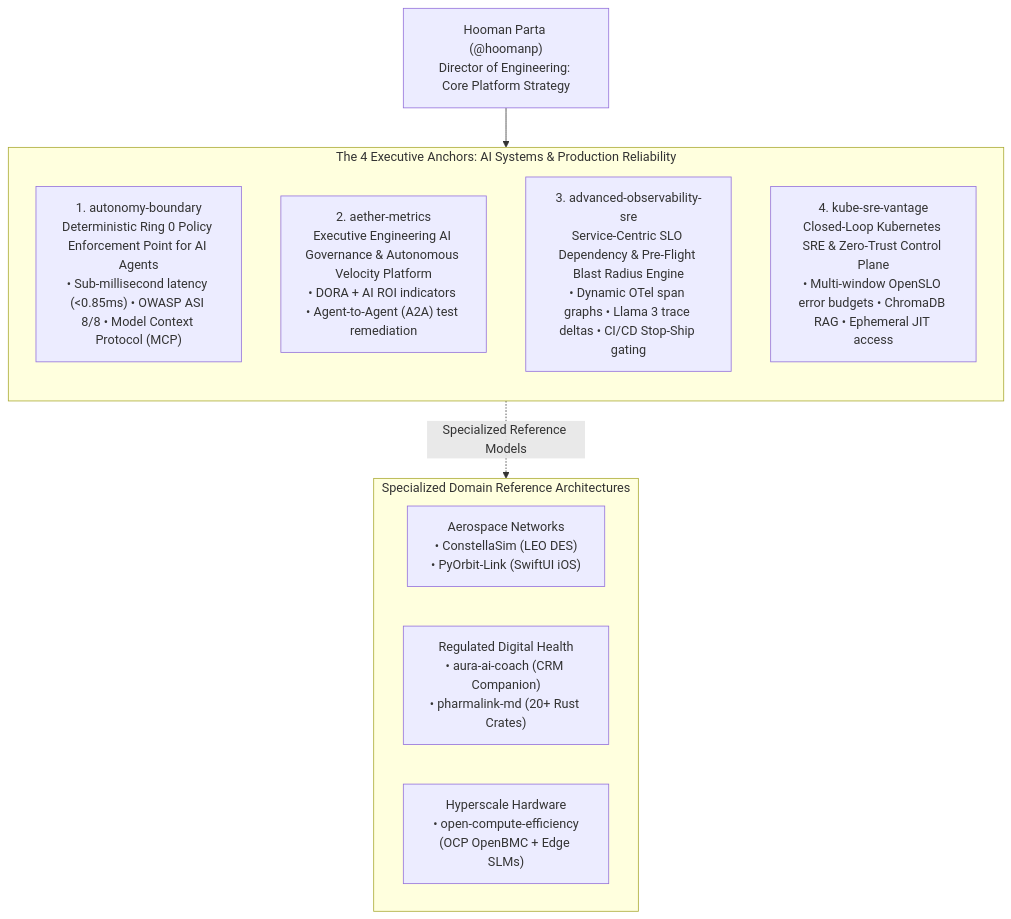
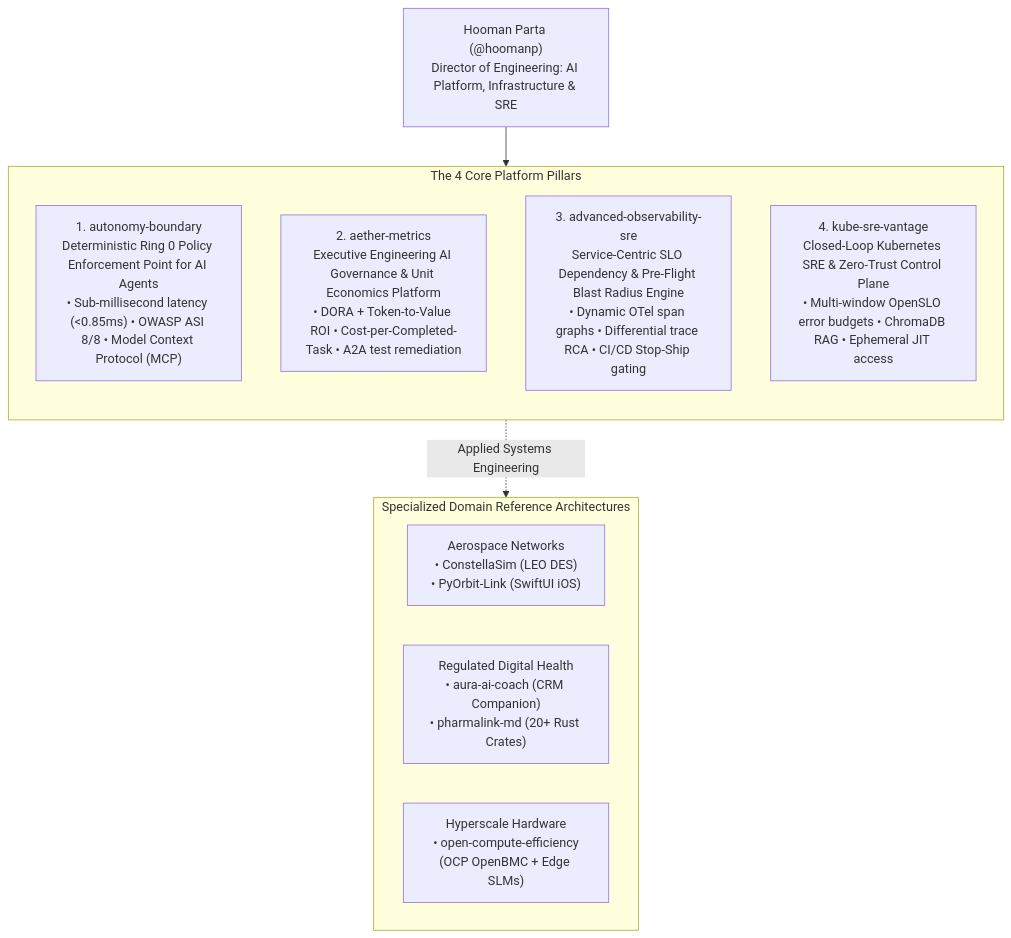
One commit to hoomanp/hoomanp changed the diagram in README.md. Above: the diagram before and after it, drawn with Mermaid. The commit also changed other lines of this file, not shown here.

Commit message:
docs: align profile README with FAANG executive operating scale, AI unit economics, and plain technical style

````diff
--- a/README.md
+++ b/README.md
@@ -39,22 +41,22 @@
 ```mermaid
 flowchart TD
-    Profile["Hooman Parta (@hoomanp)\nDirector of Engineering: Core Platform Strategy"]
+    Profile["Hooman Parta (@hoomanp)\nDirector of Engineering: AI Platform, Infrastructure & SRE"]
 
-    subgraph CorePillars["The 4 Executive Anchors: AI Systems & Production Reliability"]
+    subgraph CorePillars["The 4 Core Platform Pillars"]
         direction TB
         ABF["1. autonomy-boundary\nDeterministic Ring 0 Policy Enforcement Point for AI Agents\n• Sub-millisecond latency (<0.85ms) • OWASP ASI 8/8 • Model Context Protocol (MCP)"]
-        Aether["2. aether-metrics\nExecutive Engineering AI Governance & Autonomous Velocity Platform\n• DORA + AI ROI indicators • Agent-to-Agent (A2A) test remediation"]
-        AdvObs["3. advanced-observability-sre\nService-Centric SLO Dependency & Pre-Flight Blast Radius Engine\n• Dynamic OTel span graphs • Llama 3 trace deltas • CI/CD Stop-Ship gating"]
+        Aether["2. aether-metrics\nExecutive Engineering AI Governance & Unit Economics Platform\n• DORA + Token-to-Value ROI • Cost-per-Completed-Task • A2A test remediation"]
+        AdvObs["3. advanced-observability-sre\nService-Centric SLO Dependency & Pre-Flight Blast Radius Engine\n• Dynamic OTel span graphs • Differential trace RCA • CI/CD Stop-Ship gating"]
         KubeSRE["4. kube-sre-vantage\nClosed-Loop Kubernetes SRE & Zero-Trust Control Plane\n• Multi-window OpenSLO error budgets • ChromaDB RAG • Ephemeral JIT access"]
     end
 
     subgraph DomainRefs["Specialized Domain Reference Architectures"]
         direction LR
         Space["Aerospace Networks\n• ConstellaSim (LEO DES)\n• PyOrbit-Link (SwiftUI iOS)"]
         Health["Regulated Digital Health\n• aura-ai-coach (CRM Companion)\n• pharmalink-md (20+ Rust Crates)"]
         Hardware["Hyperscale Hardware\n• open-compute-efficiency\n(OCP OpenBMC + Edge SLMs)"]
     end
 
     Profile --> CorePillars
-    CorePillars -.->|Specialized Reference Models| DomainRefs
+    CorePillars -.->|Applied Systems Engineering| DomainRefs
 ```
````
